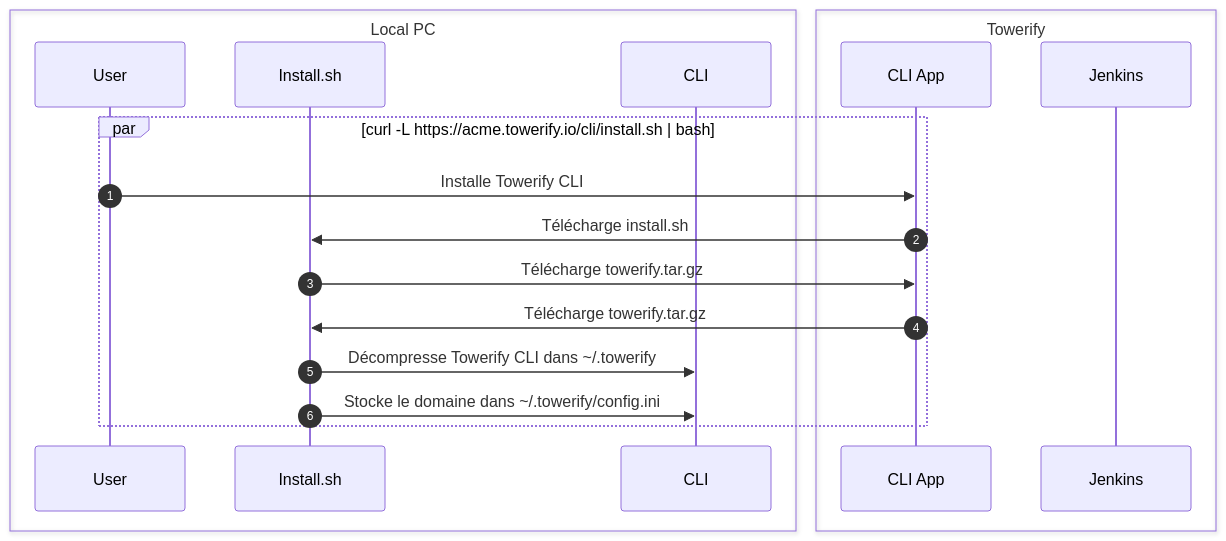
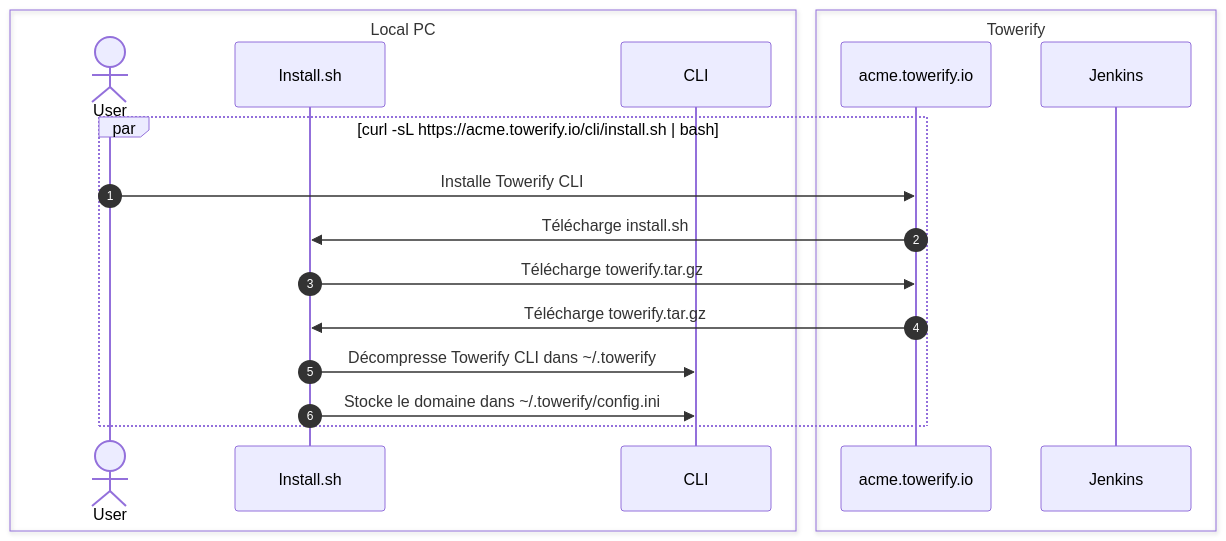
The first of 4 diagrams in docs/cli/interne/coder.md (computablefacts/towerify-docs), drawn with Mermaid before and after one commit. The commit also changed other lines of this file, not shown here.

Commit message:
Update CLI needed behaviors

````diff
--- a/docs/cli/interne/coder.md
+++ b/docs/cli/interne/coder.md
@@ -40,24 +48,24 @@
 ``` mermaid
 sequenceDiagram
   autonumber
   box Local PC
-    participant User
+    actor User
     participant Install as Install.sh
     participant CLI
   end
 
   box Towerify
-    participant AppCLI as CLI App
+    participant AppCLI as acme.towerify.io
     participant Jenkins
   end
 
-  par curl -L https://acme.towerify.io/cli/install.sh | bash
+  par curl -sL https://acme.towerify.io/cli/install.sh | bash
     User ->> AppCLI: Installe Towerify CLI
     AppCLI ->> Install: Télécharge install.sh
 
     Install ->> AppCLI: Télécharge towerify.tar.gz
     AppCLI ->> Install: Télécharge towerify.tar.gz
     Install ->> CLI: Décompresse Towerify CLI dans ~/.towerify
     Install ->> CLI: Stocke le domaine dans ~/.towerify/config.ini
   end
 ```
````
